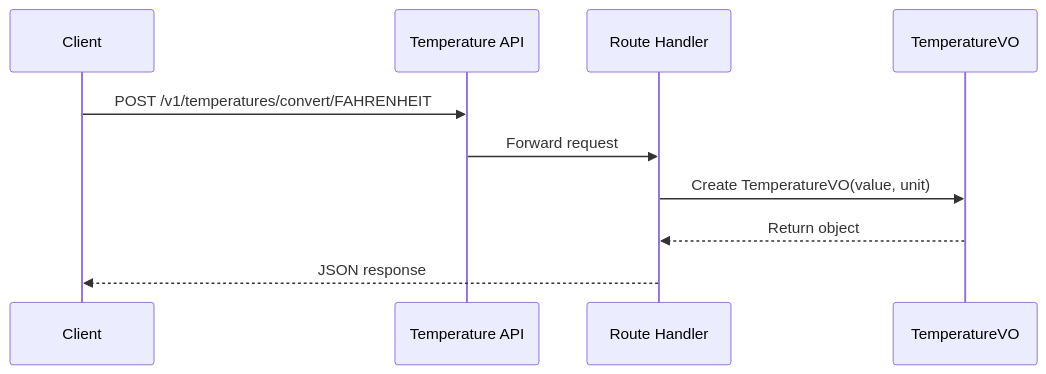
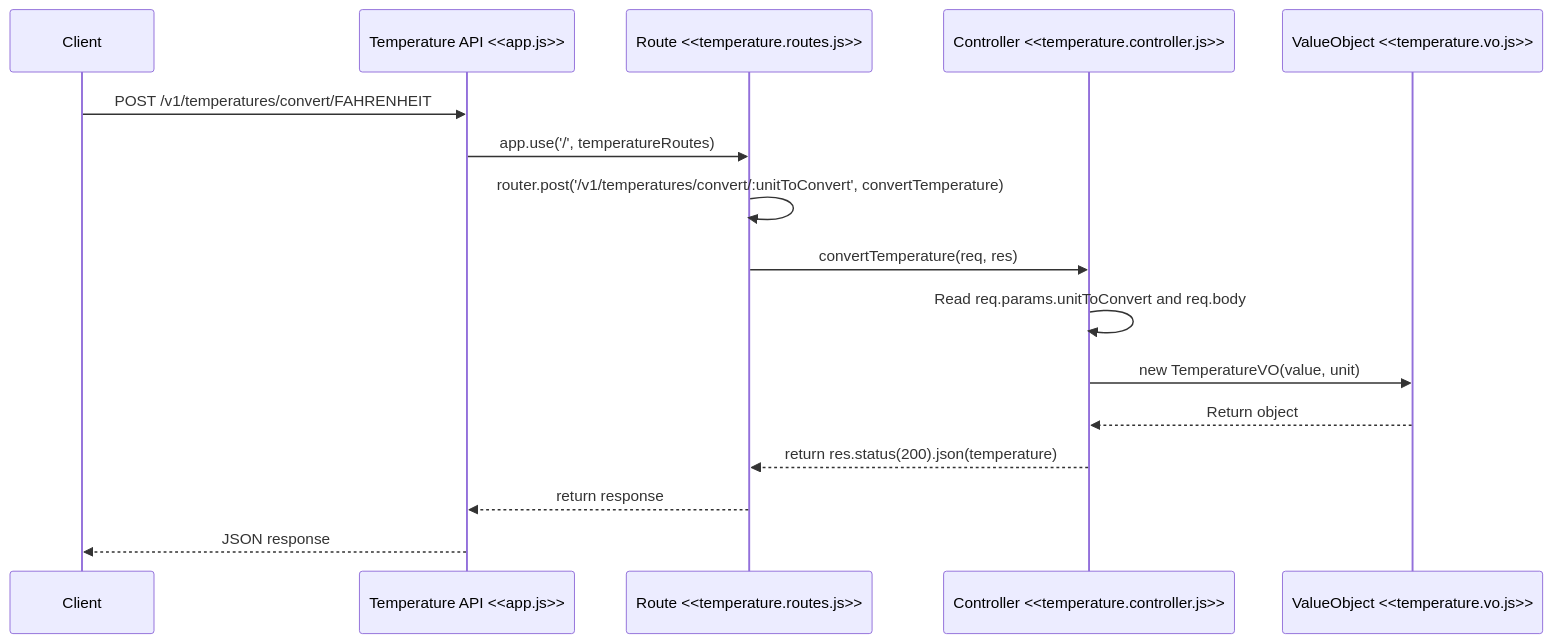
The diagram in README.md (TC-2007B-Chihuahua-2026/temperature-converter-api), drawn with Mermaid before and after one commit. The commit also changed other lines of this file, not shown here.

Commit message:
issue-2 Updated README and Sequence Diagram

````diff
--- a/README.md
+++ b/README.md
@@ -76,13 +87,19 @@
 ```mermaid
 sequenceDiagram
     participant Client
-    participant API as Temperature API
-    participant Route as Route Handler
-    participant VO as TemperatureVO
+    participant API as Temperature API <<app.js>>
+    participant Route as Route <<temperature.routes.js>>
+    participant Controller as Controller <<temperature.controller.js>>
+    participant VO as ValueObject <<temperature.vo.js>>
 
     Client->>API: POST /v1/temperatures/convert/FAHRENHEIT
-    API->>Route: Forward request
-    Route->>VO: Create TemperatureVO(value, unit)
-    VO-->>Route: Return object
-    Route-->>Client: JSON response
+    API->>Route: app.use('/', temperatureRoutes)
+    Route->>Route: router.post('/v1/temperatures/convert/:unitToConvert', convertTemperature)
+    Route->>Controller: convertTemperature(req, res)
+    Controller->>Controller: Read req.params.unitToConvert and req.body
+    Controller->>VO: new TemperatureVO(value, unit)
+    VO-->>Controller: Return object
+    Controller-->>Route: return res.status(200).json(temperature)
+    Route-->>API: return response
+    API-->>Client: JSON response
 ```
````
